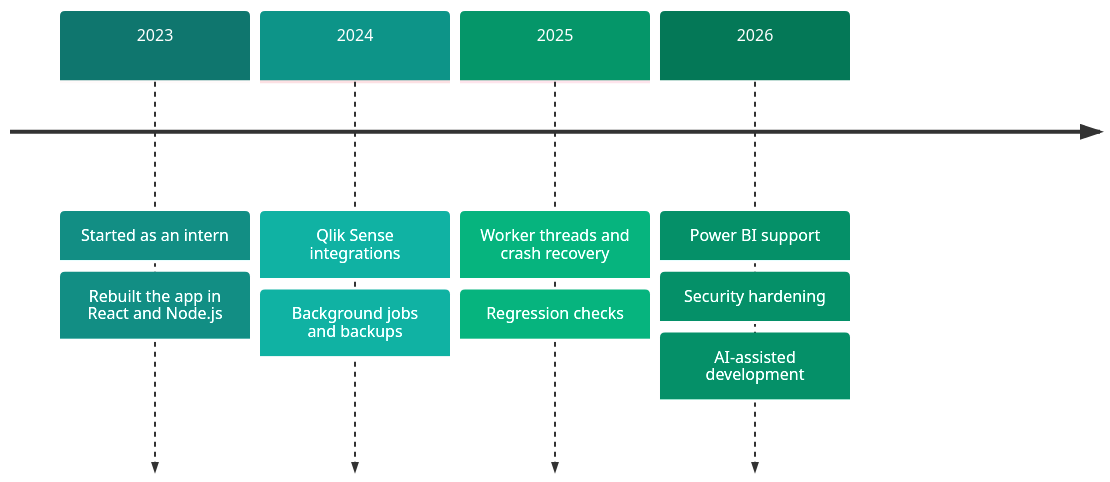
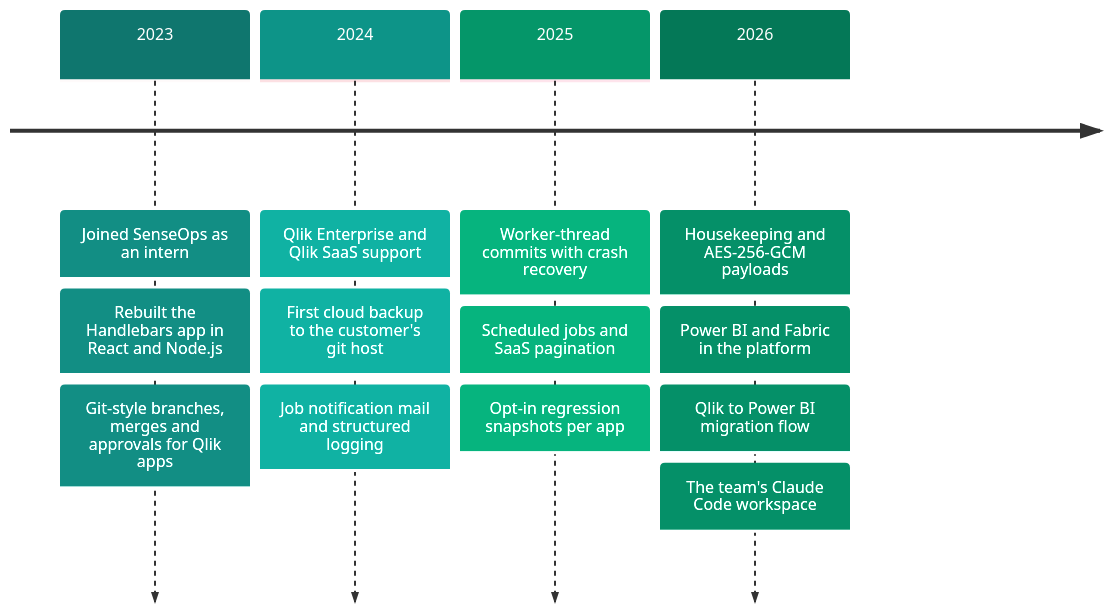
Before and after one commit to AneshSM/aneshsm: the first of 2 diagrams in README.md, drawn with Mermaid. The commit also changed other lines of this file and 2 other files, not shown here.

Commit message:
feat(readme): full profile with stats, journey, architecture, lessons and stack

````diff
--- a/README.md
+++ b/README.md
@@ -21,13 +27,17 @@
 ```mermaid
 %%{init: {'theme': 'base', 'themeVariables': {'cScale0': '#0f766e', 'cScale1': '#0d9488', 'cScale2': '#059669', 'cScale3': '#047857', 'cScaleLabel0': '#ffffff', 'cScaleLabel1': '#ffffff', 'cScaleLabel2': '#ffffff', 'cScaleLabel3': '#ffffff'}}}%%
 timeline
-    2023 : Started as an intern
-         : Rebuilt the app in React and Node.js
-    2024 : Qlik Sense integrations
-         : Background jobs and backups
-    2025 : Worker threads and crash recovery
-         : Regression checks
-    2026 : Power BI support
-         : Security hardening
-         : AI-assisted development
+    2023 : Joined SenseOps as an intern
+         : Rebuilt the Handlebars app in React and Node.js
+         : Git-style branches, merges and approvals for Qlik apps
+    2024 : Qlik Enterprise and Qlik SaaS support
+         : First cloud backup to the customer's git host
+         : Job notification mail and structured logging
+    2025 : Worker-thread commits with crash recovery
+         : Scheduled jobs and SaaS pagination
+         : Opt-in regression snapshots per app
+    2026 : Housekeeping and AES-256-GCM payloads
+         : Power BI and Fabric in the platform
+         : Qlik to Power BI migration flow
+         : The team's Claude Code workspace
 ```
````
